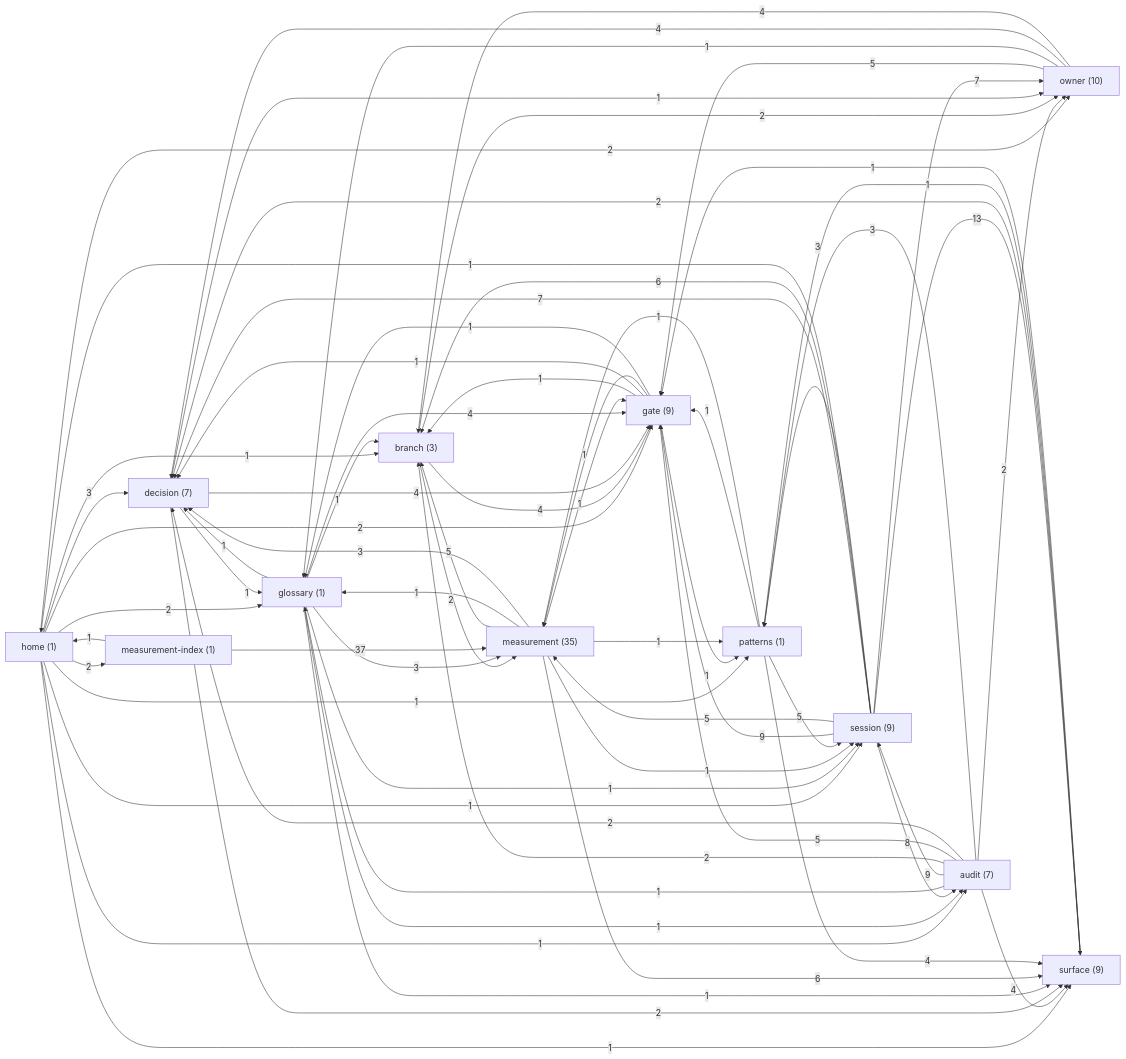
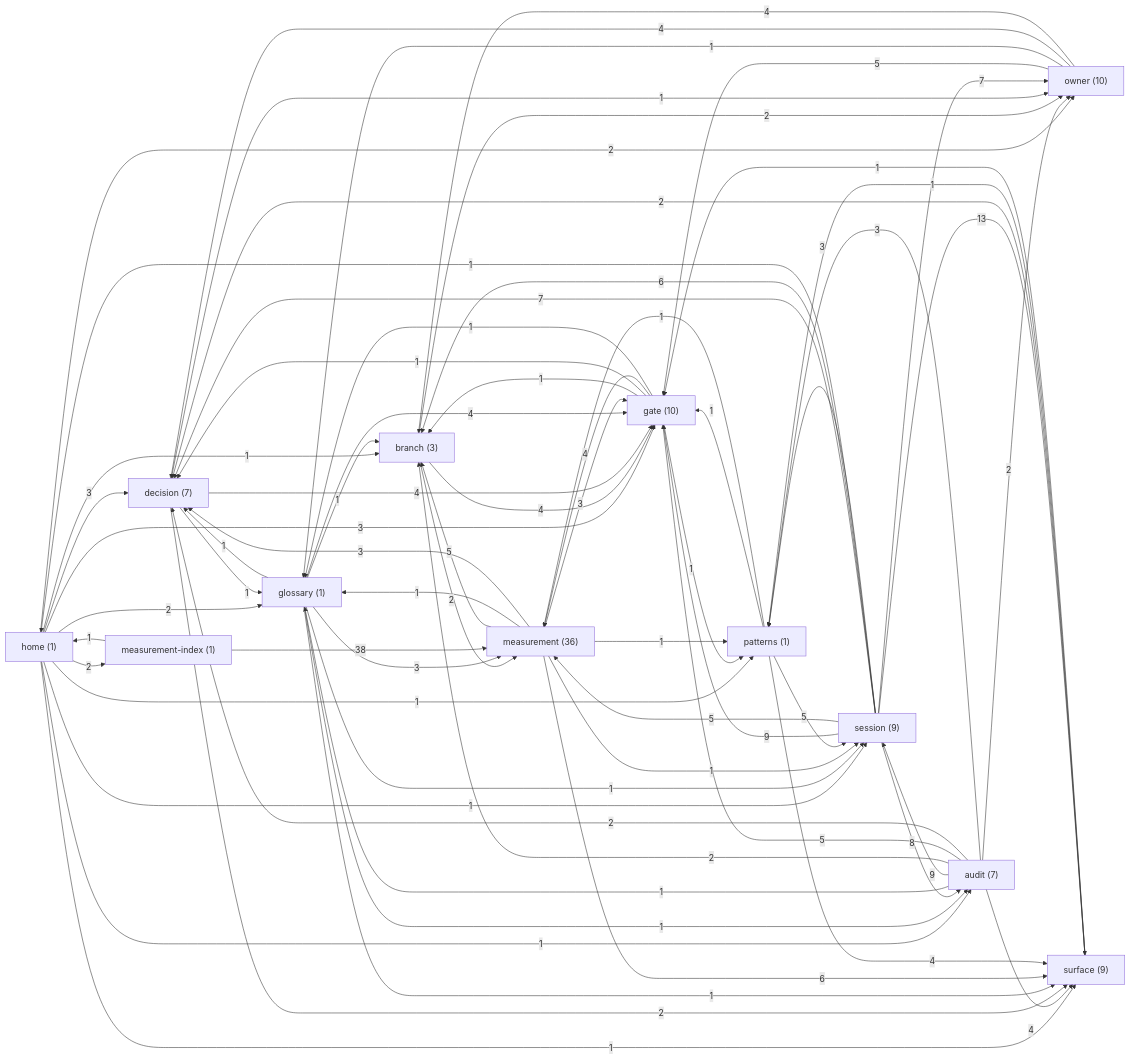
Before and after one commit to sergey9519546/STORYMACHINE: the diagram in docs/brain/GRAPH.md, drawn with Mermaid. The commit also changed other lines of this file and 20 other files, not shown here.

````diff
--- a/docs/brain/GRAPH.md
+++ b/docs/brain/GRAPH.md
@@ -9,81 +9,81 @@
 ```mermaid
 graph LR
   home["home (1)"]
   audit["audit (7)"]
   branch["branch (3)"]
   decision["decision (7)"]
-  gate["gate (9)"]
+  gate["gate (10)"]
   glossary["glossary (1)"]
-  measurement["measurement (35)"]
+  measurement["measurement (36)"]
   measurement_index["measurement-index (1)"]
   owner["owner (10)"]
   patterns["patterns (1)"]
   session["session (9)"]
   surface["surface (9)"]
   home -->|3| decision
   home -->|2| glossary
-  home -->|2| gate
+  home -->|3| gate
   home -->|2| measurement_index
   home -->|2| owner
   home -->|1| surface
   home -->|1| session
   home -->|1| audit
   home -->|1| branch
   home -->|1| patterns
   audit -->|1| glossary
   audit -->|9| session
   audit -->|2| branch
   audit -->|5| gate
   audit -->|2| decision
   audit -->|3| patterns
   audit -->|2| owner
   audit -->|4| surface
   branch -->|2| measurement
   branch -->|4| gate
   branch -->|2| owner
   decision -->|1| glossary
   decision -->|4| gate
   decision -->|2| surface
   decision -->|1| owner
   gate -->|1| branch
   gate -->|1| decision
-  gate -->|1| measurement
+  gate -->|4| measurement
   gate -->|1| patterns
   gate -->|1| glossary
   glossary -->|1| branch
   glossary -->|3| measurement
   glossary -->|1| surface
   glossary -->|4| gate
   glossary -->|1| session
   glossary -->|1| decision
   glossary -->|1| audit
   measurement -->|5| branch
-  measurement -->|1| gate
+  measurement -->|3| gate
   measurement -->|1| glossary
   measurement -->|1| session
   measurement -->|3| decision
   measurement -->|1| patterns
   measurement -->|6| surface
   measurement_index -->|1| home
-  measurement_index -->|37| measurement
+  measurement_index -->|38| measurement
   owner -->|5| gate
   owner -->|1| glossary
   owner -->|4| decision
   owner -->|4| branch
   patterns -->|5| session
   patterns -->|4| surface
   patterns -->|1| gate
   patterns -->|1| measurement
   session -->|9| gate
   session -->|8| audit
   session -->|5| measurement
   session -->|7| decision
   session -->|13| surface
   session -->|6| branch
   session -->|1| home
   session -->|3| patterns
   session -->|7| owner
   surface -->|2| decision
   surface -->|1| patterns
   surface -->|1| gate
 ```
````
